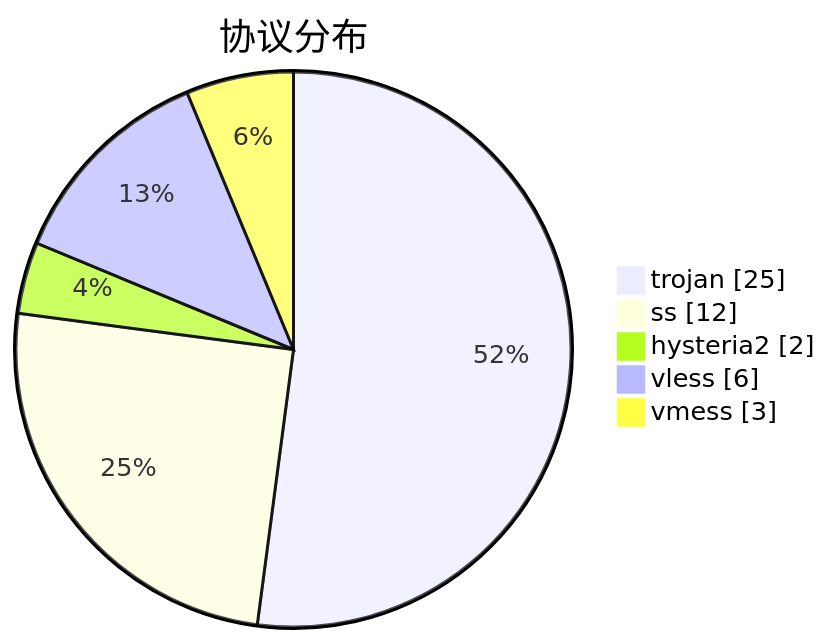
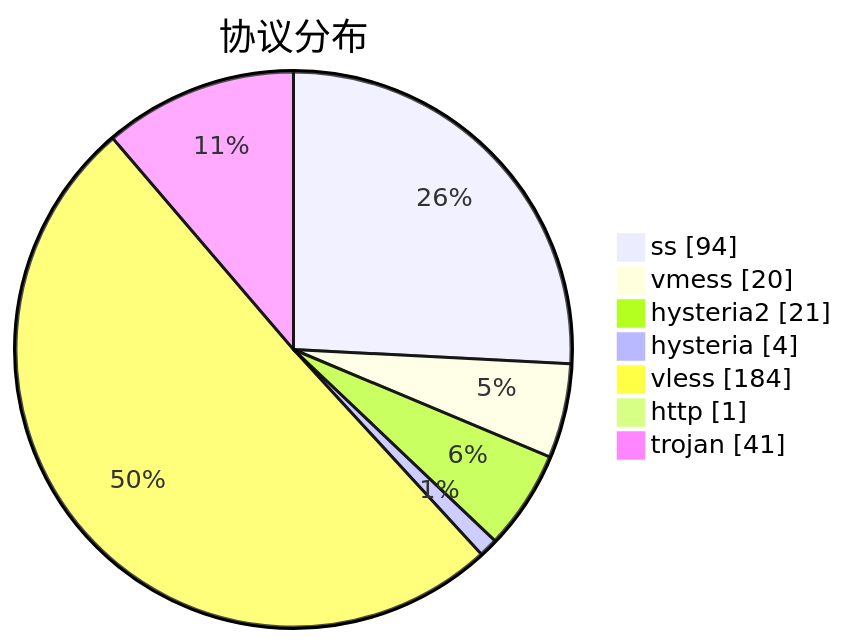
The third of 3 diagrams in subs/statistics/tested_within.md (sinspired/airport), drawn with Mermaid before and after one commit. The commit also changed other lines of this file and 2 other files, not shown here.

````diff
--- a/subs/statistics/tested_within.md
+++ b/subs/statistics/tested_within.md
@@ -29,9 +53,11 @@
 ```mermaid
 pie showData
 title 协议分布
-"trojan" : 25
-"ss" : 12
-"hysteria2" : 2
-"vless" : 6
-"vmess" : 3
+"ss" : 94
+"vmess" : 20
+"hysteria2" : 21
+"hysteria" : 4
+"vless" : 184
+"http" : 1
+"trojan" : 41
 ```
````
